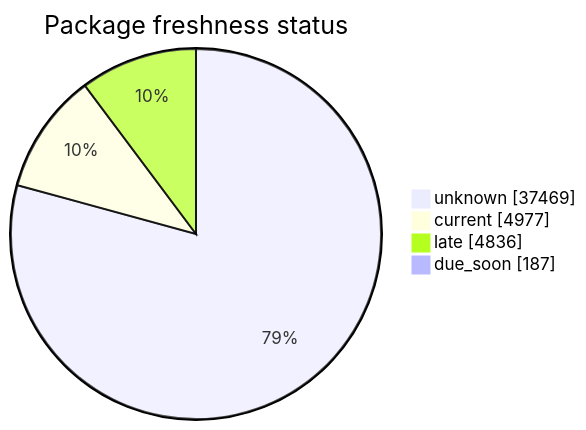
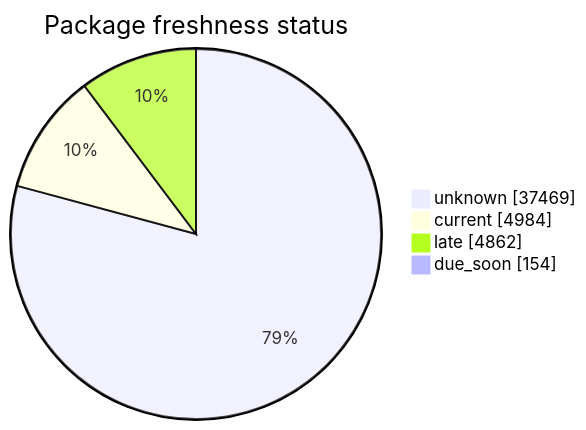
The second of 5 diagrams in FreshCheck/README.md (open-data/analytics-corporate-reporting), drawn with Mermaid before and after one commit. The commit also changed other lines of this file and 3 other files, not shown here.

````diff
--- a/FreshCheck/README.md
+++ b/FreshCheck/README.md
@@ -69,7 +69,7 @@
 ```mermaid
 pie showData title Package freshness status
     "unknown": 37469
-    "current": 4977
-    "late": 4836
-    "due_soon": 187
+    "current": 4984
+    "late": 4862
+    "due_soon": 154
 ```
````
